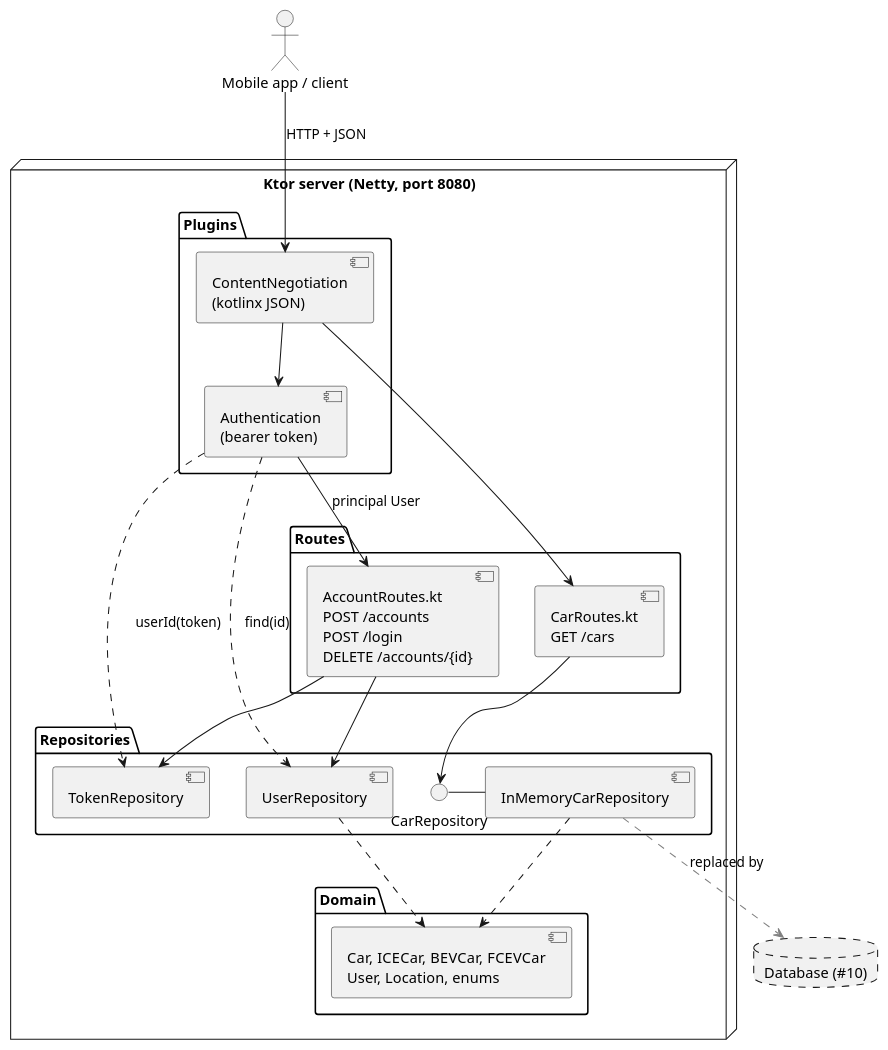
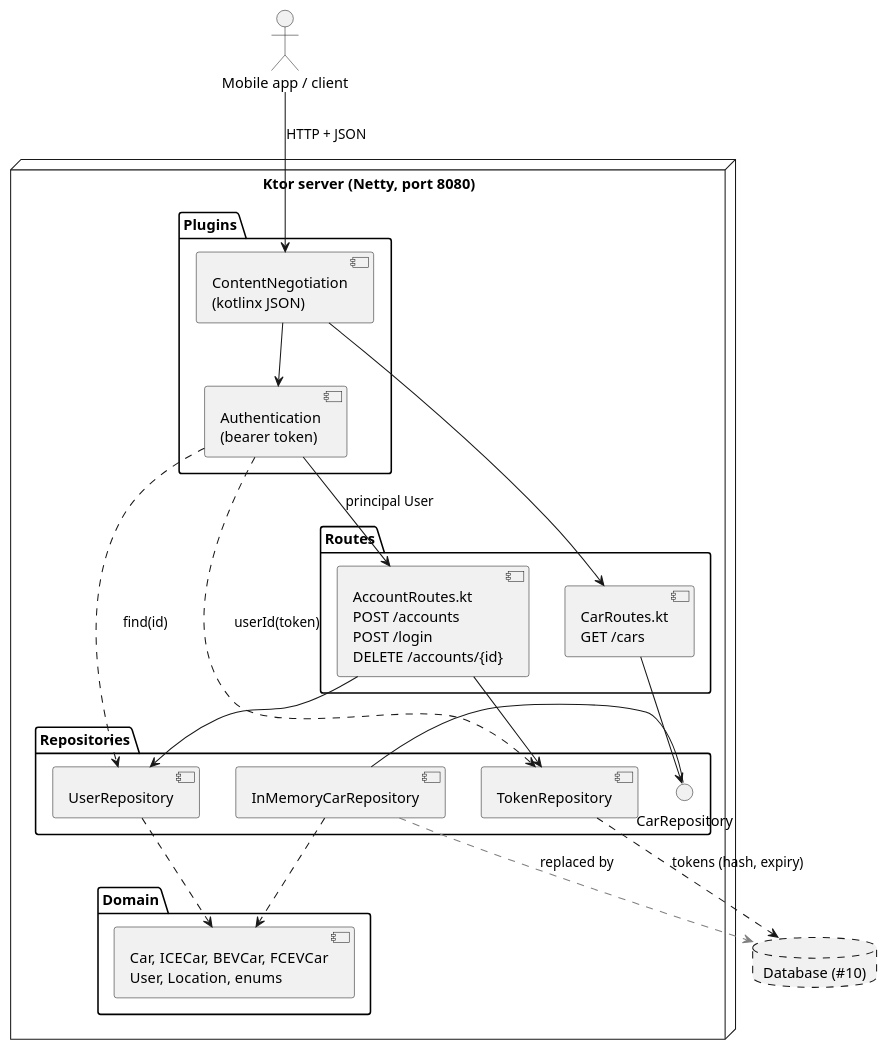
The diagram in docs/diagrams/components.puml (Rent-a-car-38291/rent-a-car), drawn with PlantUML before and after one commit. The commit also changed 29 other files, not shown here.

First line of the commit message:
feat: store login tokens hashed with a 7 day expiry (#118)

```diff
--- a/docs/diagrams/components.puml
+++ b/docs/diagrams/components.puml
@@ -1,48 +1,49 @@
 @startuml
 ' Layers of the server as it runs today. Dashed parts are planned.
 skinparam componentStyle uml2
 
 actor "Mobile app / client" as Client
 
 node "Ktor server (Netty, port 8080)" {
   package "Plugins" {
     component "ContentNegotiation\n(kotlinx JSON)" as Json
     component "Authentication\n(bearer token)" as Auth
   }
 
   package "Routes" {
     component "CarRoutes.kt\nGET /cars" as CarRoutes
     component "AccountRoutes.kt\nPOST /accounts\nPOST /login\nDELETE /accounts/{id}" as AccountRoutes
   }
 
   package "Repositories" {
     interface CarRepository
     component InMemoryCarRepository
     component UserRepository
     component TokenRepository
   }
 
   package "Domain" {
     component "Car, ICECar, BEVCar, FCEVCar\nUser, Location, enums" as DomainClasses
   }
 }
 
 database "Database (#10)" as Db #line.dashed
 
 Client --> Json : HTTP + JSON
 Json --> CarRoutes
 Json --> Auth
 Auth --> AccountRoutes : principal User
 Auth ..> TokenRepository : userId(token)
+TokenRepository ..> Db : tokens (hash, expiry)
 Auth ..> UserRepository : find(id)
 
 CarRoutes --> CarRepository
 CarRepository - InMemoryCarRepository
 AccountRoutes --> UserRepository
 AccountRoutes --> TokenRepository
 
 InMemoryCarRepository ..> DomainClasses
 UserRepository ..> DomainClasses
 InMemoryCarRepository .[#gray,dashed].> Db : replaced by
 
 @enduml
```
